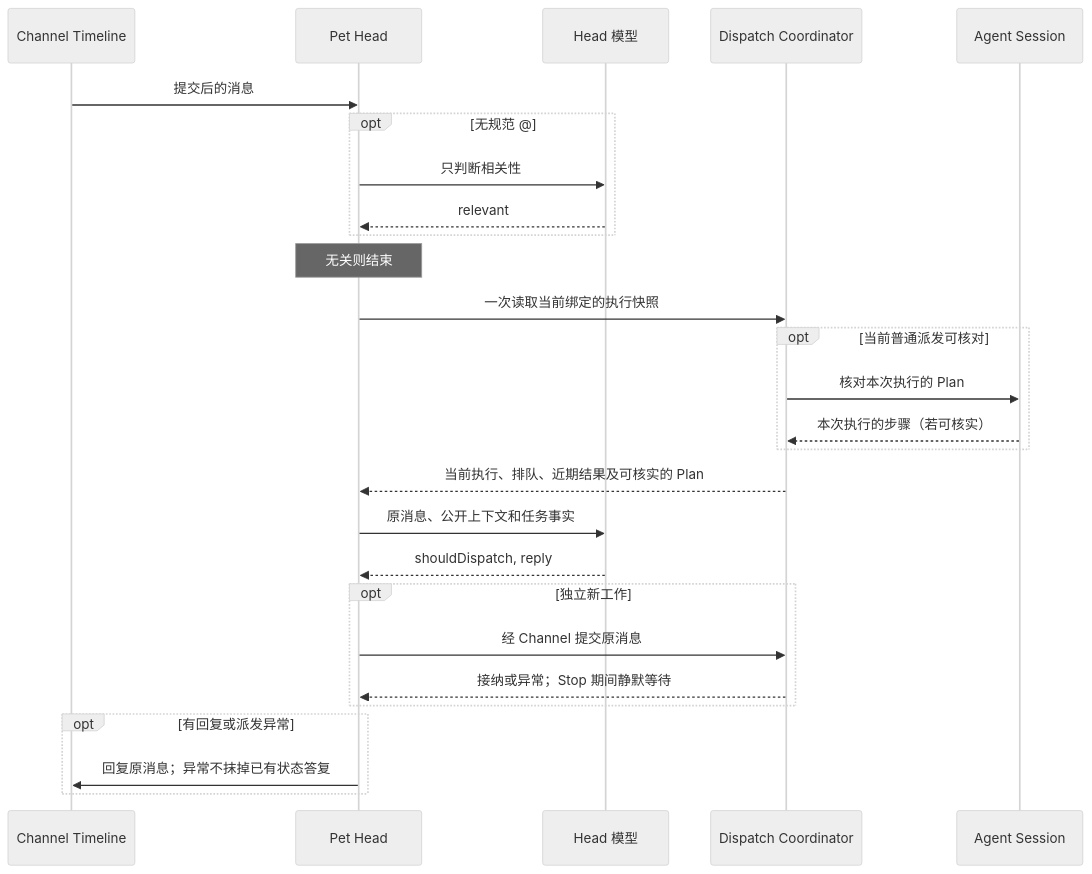
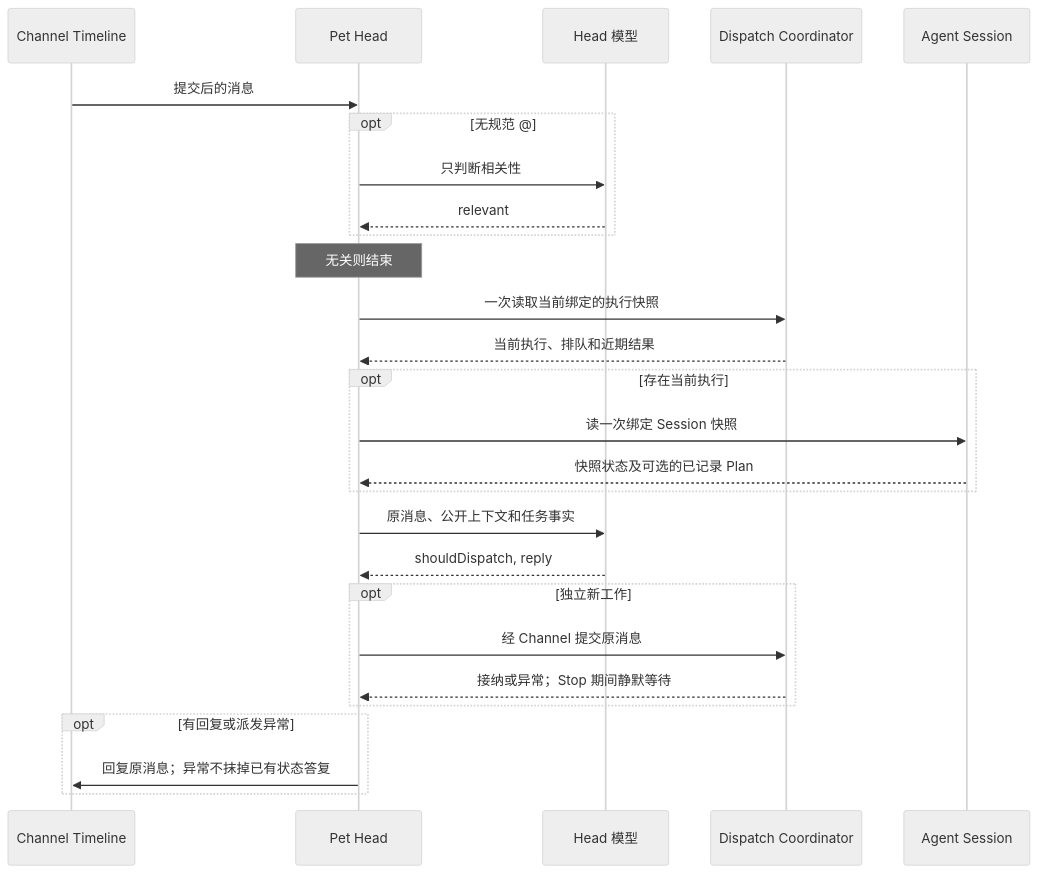
Before and after one commit to pinpawo/pinpawo-agent: the diagram in docs/design/studio/pet-head-mechanism.md, drawn with Mermaid (neutral theme). The commit also changed other lines of this file and 18 other files, not shown here.

````diff
--- a/docs/design/studio/pet-head-mechanism.md
+++ b/docs/design/studio/pet-head-mechanism.md
@@ -18,29 +18,29 @@
 ```mermaid
 sequenceDiagram
     participant C as Channel Timeline
     participant H as Pet Head
     participant M as Head 模型
     participant D as Dispatch Coordinator
     participant S as Agent Session
     C->>H: 提交后的消息
     opt 无规范 @
         H->>M: 只判断相关性
         M-->>H: relevant
     end
     Note over H: 无关则结束
     H->>D: 一次读取当前绑定的执行快照
-    opt 当前普通派发可核对
-        D->>S: 核对本次执行的 Plan
-        S-->>D: 本次执行的步骤（若可核实）
+    D-->>H: 当前执行、排队和近期结果
+    opt 存在当前执行
+        H->>S: 读一次绑定 Session 快照
+        S-->>H: 快照状态及可选的已记录 Plan
     end
-    D-->>H: 当前执行、排队、近期结果及可核实的 Plan
     H->>M: 原消息、公开上下文和任务事实
     M-->>H: shouldDispatch, reply
     opt 独立新工作
         H->>D: 经 Channel 提交原消息
         D-->>H: 接纳或异常；Stop 期间静默等待
     end
     opt 有回复或派发异常
         H->>C: 回复原消息；异常不抹掉已有状态答复
     end
 ```
````
